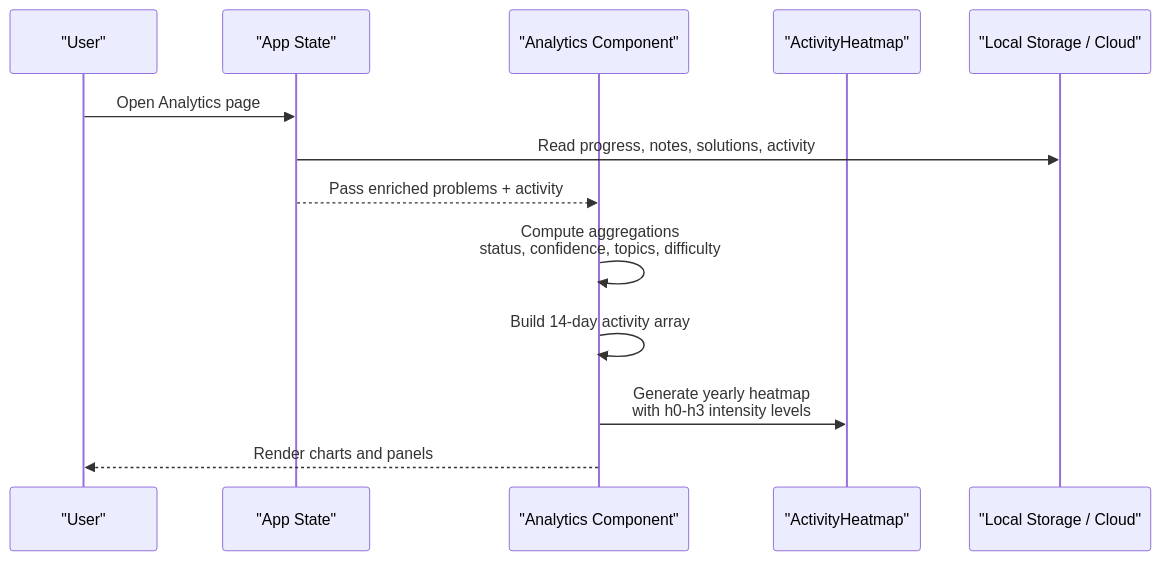
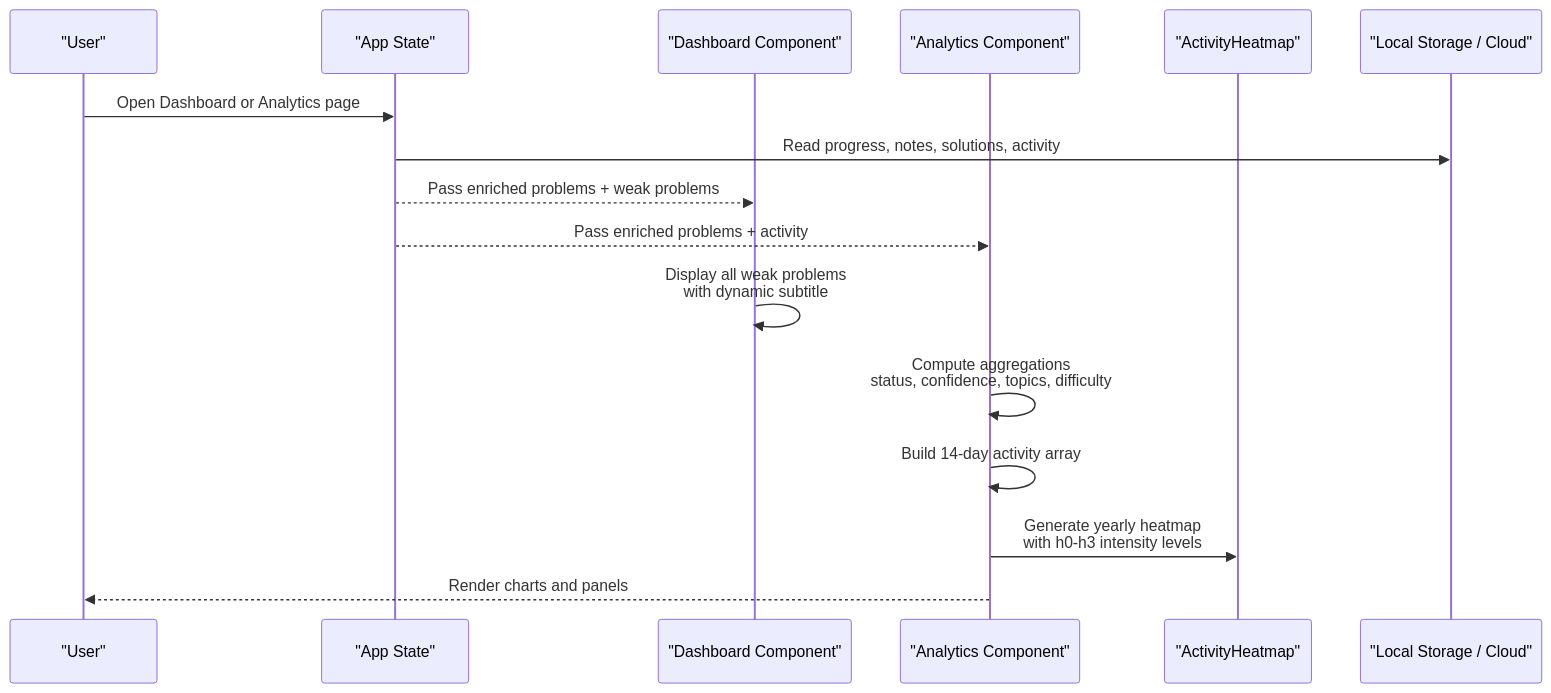
Before and after one commit to iamrituraj/DSA-Tracker: the second of 7 diagrams in .qoder/repowiki/en/content/Frontend Application/Analytics Component.md, drawn with Mermaid. The commit also changed other lines of this file and 34 other files, not shown here.

````diff
--- a/.qoder/repowiki/en/content/Frontend Application/Analytics Component.md
+++ b/.qoder/repowiki/en/content/Frontend Application/Analytics Component.md
@@ -82,15 +85,18 @@
 ```mermaid
 sequenceDiagram
 participant User as "User"
 participant App as "App State"
+participant Dashboard as "Dashboard Component"
 participant Analytics as "Analytics Component"
 participant Heatmap as "ActivityHeatmap"
 participant Data as "Local Storage / Cloud"
-User->>App : Open Analytics page
+User->>App : Open Dashboard or Analytics page
 App->>Data : Read progress, notes, solutions, activity
+App-->>Dashboard : Pass enriched problems + weak problems
 App-->>Analytics : Pass enriched problems + activity
+Dashboard->>Dashboard : Display all weak problems<br/>with dynamic subtitle
 Analytics->>Analytics : Compute aggregations<br/>status, confidence, topics, difficulty
 Analytics->>Analytics : Build 14-day activity array
 Analytics->>Heatmap : Generate yearly heatmap<br/>with h0-h3 intensity levels
 Analytics-->>User : Render charts and panels
 ```
````
